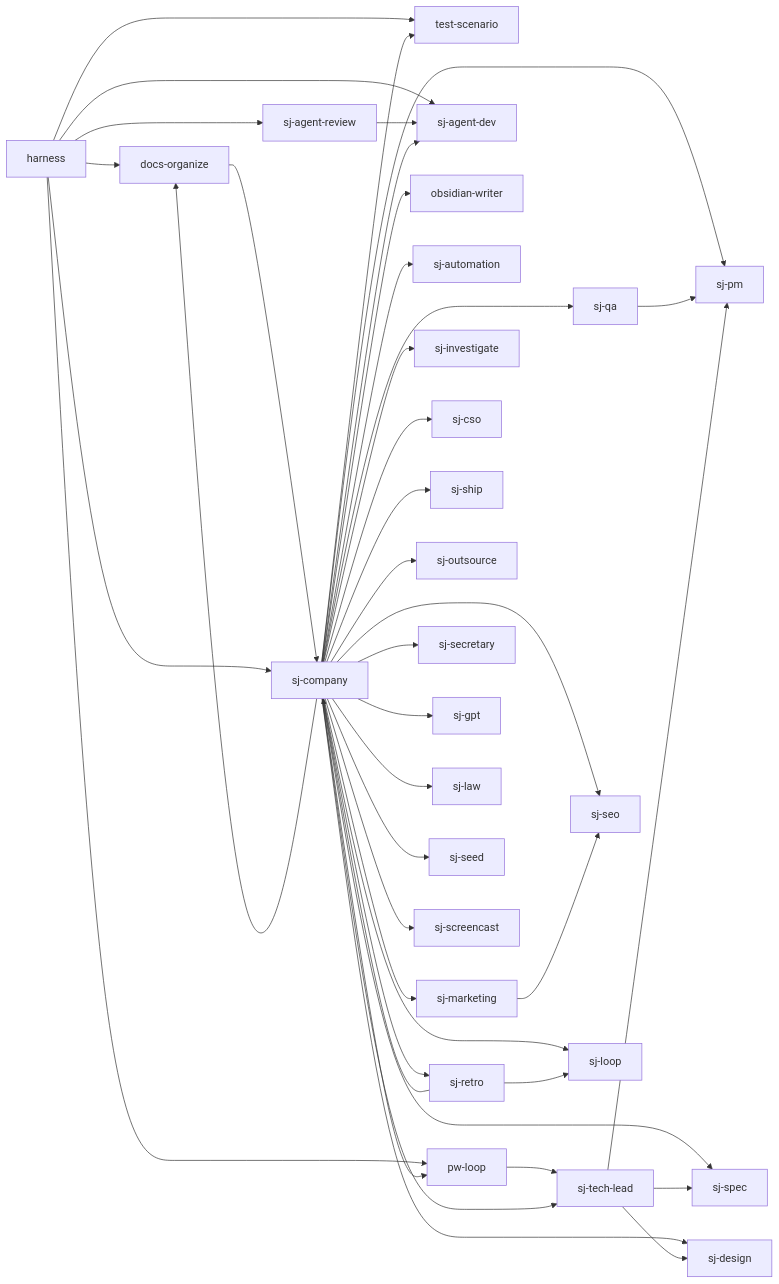
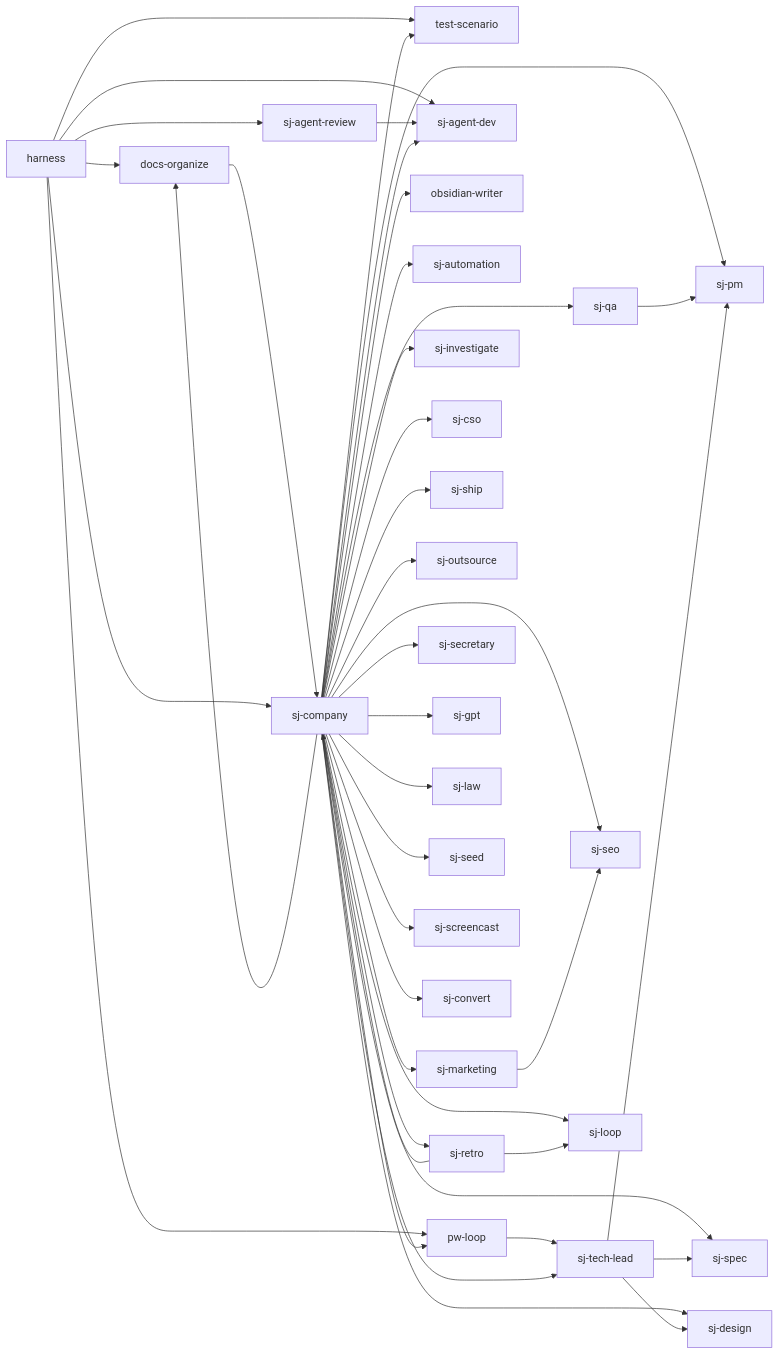
Before and after one commit to s0613/S-skills: the diagram in docs/FEATURE-MAP.md, drawn with Mermaid. The commit also changed other lines of this file and 17 other files, not shown here.

````diff
--- a/docs/FEATURE-MAP.md
+++ b/docs/FEATURE-MAP.md
@@ -6,43 +6,44 @@
 ```mermaid
 flowchart LR
   F01[docs-organize] --> F08[sj-company]
   F02[harness] --> F01
   F02 --> F26[test-scenario]
   F02 --> F04[pw-loop]
   F02 --> F08
   F02 --> F06[sj-agent-review]
   F02 --> F05[sj-agent-dev]
   F04 --> F25[sj-tech-lead]
   F06 --> F05
   F08 --> F18[sj-pm]
   F08 --> F25
   F08 --> F19[sj-qa]
   F08 --> F03[obsidian-writer]
   F08 --> F07[sj-automation]
   F08 --> F22[sj-seo]
   F08 --> F16[sj-marketing]
   F08 --> F24[sj-spec]
   F08 --> F13[sj-investigate]
   F08 --> F05
   F08 --> F09[sj-cso]
   F08 --> F23[sj-ship]
   F08 --> F17[sj-outsource]
   F08 --> F20[sj-retro]
   F08 --> F10[sj-design]
   F08 --> F21[sj-secretary]
   F08 --> F26
   F08 --> F04
   F08 --> F01
   F08 --> F15[sj-loop]
   F08 --> F12[sj-gpt]
   F08 --> F14[sj-law]
   F08 --> F27[sj-seed]
   F08 --> F28[sj-screencast]
+  F08 --> F29[sj-convert]
   F16 --> F22
   F19 --> F18
   F20 --> F08
   F20 --> F15
   F25 --> F18
   F25 --> F24
   F25 --> F10
 ```
````
